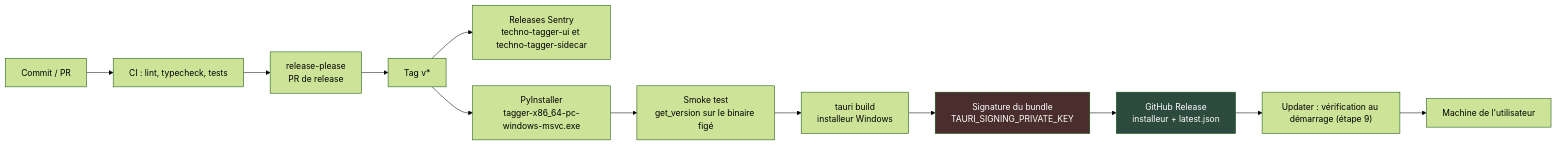
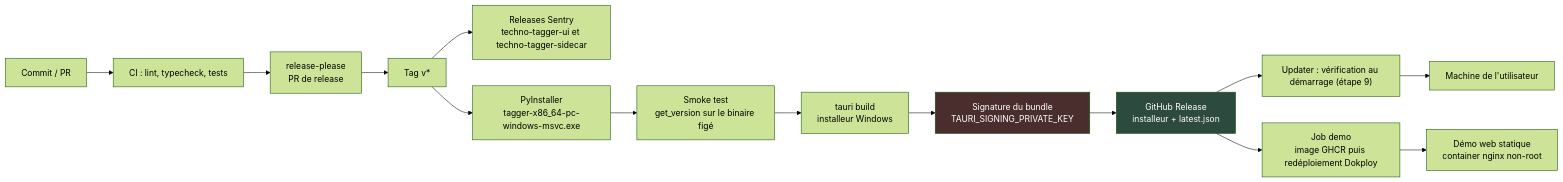
One commit to thibaud57/techno-tagger changed the fifth of 5 diagrams in docs/ARCHITECTURE.md. Above: the diagram before and after it, drawn with Mermaid (forest theme). The commit also changed other lines of this file and 217 other files, not shown here.

First line of the commit message:
feat: demo web publique, etats de morceau en union et correctifs de l'audit de dependances (#126)

````diff
--- a/docs/ARCHITECTURE.md
+++ b/docs/ARCHITECTURE.md
@@ -834,17 +842,19 @@
 ```mermaid
 graph LR
     dev["Commit / PR"] --> ci["CI : lint, typecheck, tests"]
     ci --> rp["release-please<br/>PR de release"]
     rp --> tag["Tag v*"]
     tag --> sr["Releases Sentry<br/>techno-tagger-ui et techno-tagger-sidecar"]
     tag --> pyi["PyInstaller<br/>tagger-x86_64-pc-windows-msvc.exe"]
     pyi --> smoke["Smoke test<br/>get_version sur le binaire figé"]
     smoke --> tb["tauri build<br/>installeur Windows"]
     tb --> sig["Signature du bundle<br/>TAURI_SIGNING_PRIVATE_KEY"]
     sig --> rel["GitHub Release<br/>installeur + latest.json"]
     rel --> upd["Updater : vérification au démarrage (étape 9)"]
     upd --> user["Machine de l'utilisateur"]
+    rel --> demo["Job demo<br/>image GHCR puis redéploiement Dokploy"]
+    demo --> web["Démo web statique<br/>container nginx non-root"]
 
     style sig fill:#4a2d2d,color:#fff
     style rel fill:#2d4a3e,color:#fff
 ```
````
